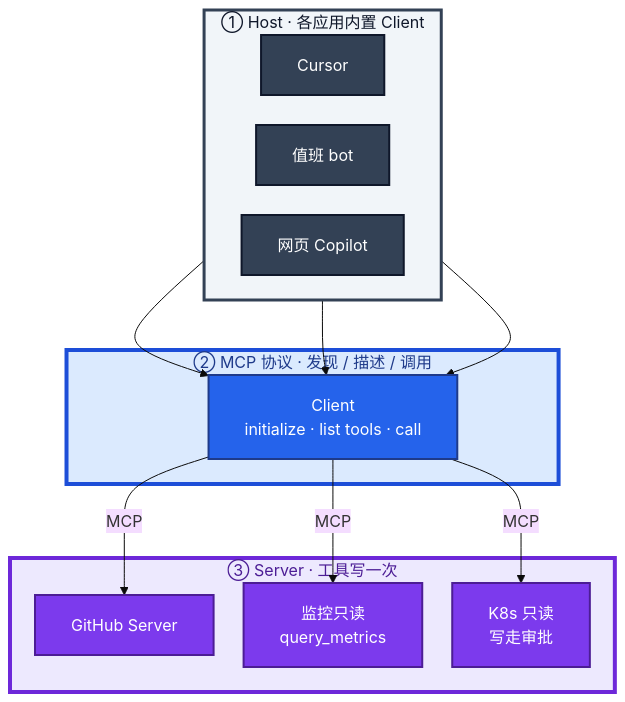
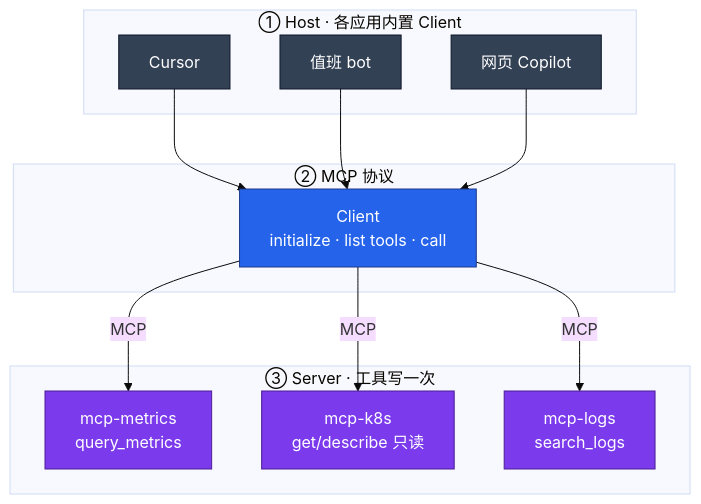
Before and after one commit to ml-cuizijun/LearnToLilith: the first of 7 diagrams in 09-AI与智能运维/05-MCP协议/知识点.md, drawn with Mermaid. The commit also changed other lines of this file and 213 other files, not shown here.

````diff
--- a/09-AI与智能运维/05-MCP协议/知识点.md
+++ b/09-AI与智能运维/05-MCP协议/知识点.md
@@ -83,38 +42,30 @@
 ```mermaid
-%%{init: {"flowchart": {"padding": 18, "nodeSpacing": 30, "rankSpacing": 50}, "theme": "base"}}%%
+%%{init: {"theme": "base"}}%%
 flowchart TB
+    classDef host fill:#334155,stroke:#0F172A,color:#fff
+    classDef client fill:#2563EB,stroke:#1E3A8A,color:#fff
+    classDef srv fill:#7C3AED,stroke:#4C1D95,color:#fff
+
     subgraph hosts ["① Host · 各应用内置 Client"]
-        direction LR
-        cursor[Cursor]
-        bot[值班 bot]
-        copilot[网页 Copilot]
+        cursor[Cursor]:::host
+        bot[值班 bot]:::host
+        copilot[网页 Copilot]:::host
     end
 
-    subgraph proto ["② MCP 协议 · 发现 / 描述 / 调用"]
-        cli["Client<br/>initialize · list tools · call"]
+    subgraph proto ["② MCP 协议"]
+        cli["Client<br/>initialize · list tools · call"]:::client
     end
 
     subgraph servers ["③ Server · 工具写一次"]
-        gh[GitHub Server]
-        mon["监控只读<br/>query_metrics"]
-        k8s["K8s 只读<br/>写走审批"]
+        mon["mcp-metrics<br/>query_metrics"]:::srv
+        k8s["mcp-k8s<br/>get/describe 只读"]:::srv
+        log["mcp-logs<br/>search_logs"]:::srv
     end
 
     cursor --> cli
     bot --> cli
     copilot --> cli
-    cli -->|"MCP"| gh
     cli -->|"MCP"| mon
     cli -->|"MCP"| k8s
-
-    classDef host fill:#334155,stroke:#0F172A,stroke-width:2px,color:#fff
-    classDef client fill:#2563EB,stroke:#1E3A8A,stroke-width:2px,color:#fff
-    classDef srv fill:#7C3AED,stroke:#4C1D95,stroke-width:2px,color:#fff
-    class cursor,bot,copilot host
-    class cli client
-    class gh,mon,k8s srv
-
-    style hosts fill:#F1F5F9,stroke:#334155,stroke-width:3px,color:#0F172A
-    style proto fill:#DBEAFE,stroke:#1D4ED8,stroke-width:4px,color:#1E3A8A
-    style servers fill:#EDE9FE,stroke:#6D28D9,stroke-width:4px,color:#4C1D95
+    cli -->|"MCP"| log
 ```
````
